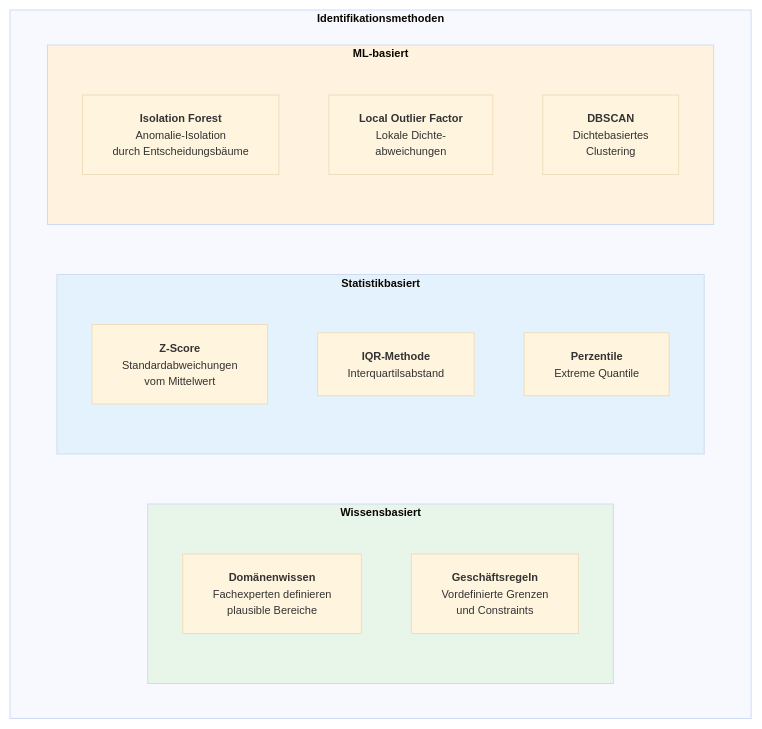
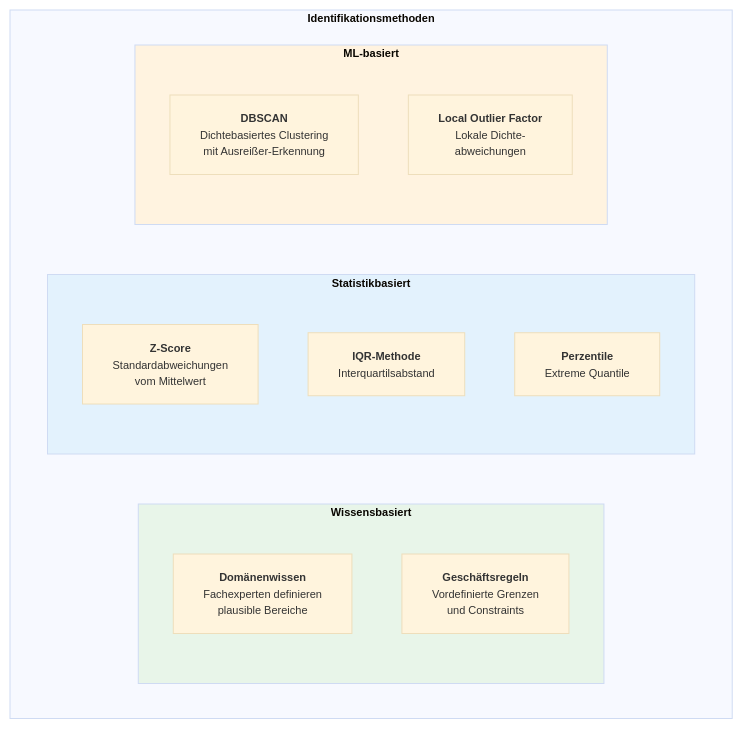
One commit to ralf-42/ML_Intro changed the third of 10 diagrams in docs/concepts/prepare/outlier.md. Above: the diagram before and after it, drawn with Mermaid. The commit also changed other lines of this file and 19 other files, not shown here.

````diff
--- a/docs/concepts/prepare/outlier.md
+++ b/docs/concepts/prepare/outlier.md
@@ -93,28 +93,27 @@
 ```mermaid
 %%{init: {'theme': 'base', 'themeVariables': {'fontSize': '11px'}}}%%
 flowchart TB
     subgraph methoden["<b>Identifikationsmethoden"]
         direction LR
 
         subgraph wissen["<b>Wissensbasiert"]
             domain["<b>Domänenwissen</b><br/>Fachexperten definieren<br/>plausible Bereiche"]
             rules["<b>Geschäftsregeln</b><br/>Vordefinierte Grenzen<br/>und Constraints"]
         end
 
         subgraph statistik["<b>Statistikbasiert"]
             zscore["<b>Z-Score</b><br/>Standardabweichungen<br/>vom Mittelwert"]
             iqr["<b>IQR-Methode</b><br/>Interquartilsabstand"]
             percentile["<b>Perzentile</b><br/>Extreme Quantile"]
         end
 
         subgraph ml["<b>ML-basiert"]
-            iforest["<b>Isolation Forest</b><br/>Anomalie-Isolation<br/>durch Entscheidungsbäume"]
+            dbscan["<b>DBSCAN</b><br/>Dichtebasiertes Clustering<br/>mit Ausreißer-Erkennung"]
             lof["<b>Local Outlier Factor</b><br/>Lokale Dichte-<br/>abweichungen"]
-            dbscan["<b>DBSCAN</b><br/>Dichtebasiertes<br/>Clustering"]
         end
     end
 
     style wissen fill:#e8f5e9
     style statistik fill:#e3f2fd
     style ml fill:#fff3e0
 ```
````
